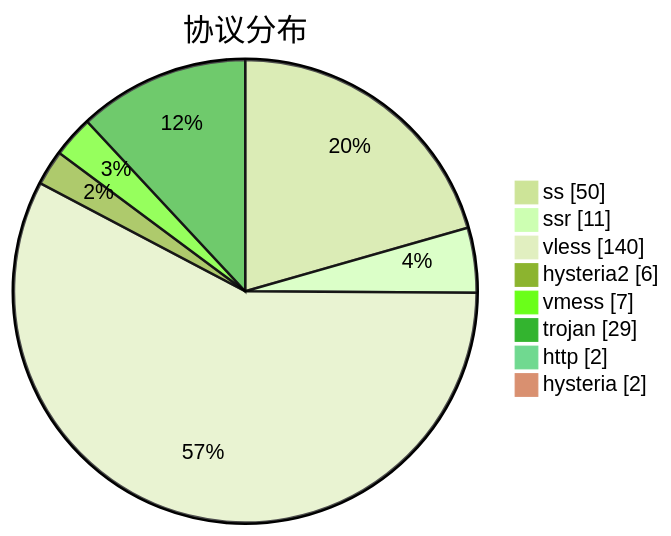
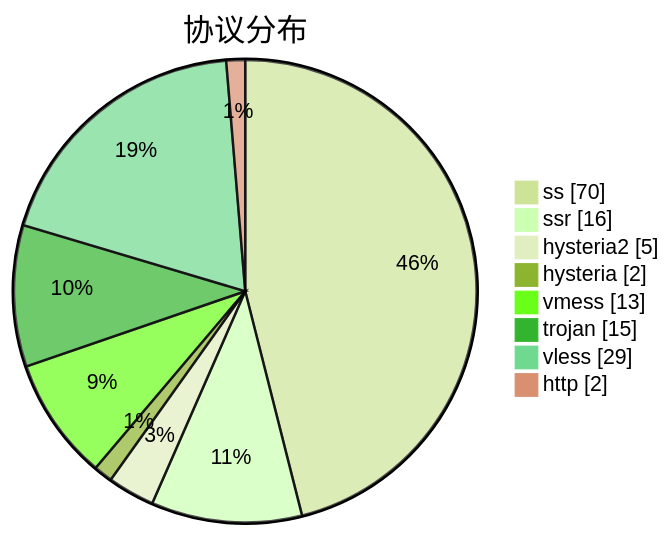
Before and after one commit to sinspired/airport: the third of 3 diagrams in subs/statistics/tested_within.md, drawn with Mermaid (forest theme). The commit also changed other lines of this file and 2 other files, not shown here.

````diff
--- a/subs/statistics/tested_within.md
+++ b/subs/statistics/tested_within.md
@@ -55,12 +54,12 @@
 ```mermaid
 pie showData
 title 协议分布
-"ss" : 50
-"ssr" : 11
-"vless" : 140
-"hysteria2" : 6
-"vmess" : 7
-"trojan" : 29
+"ss" : 70
+"ssr" : 16
+"hysteria2" : 5
+"hysteria" : 2
+"vmess" : 13
+"trojan" : 15
+"vless" : 29
 "http" : 2
-"hysteria" : 2
 ```
````
